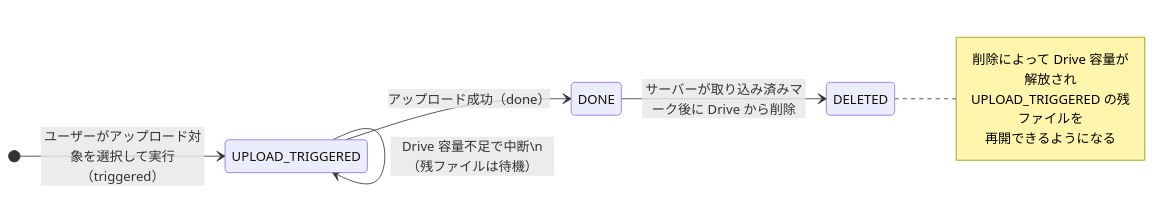
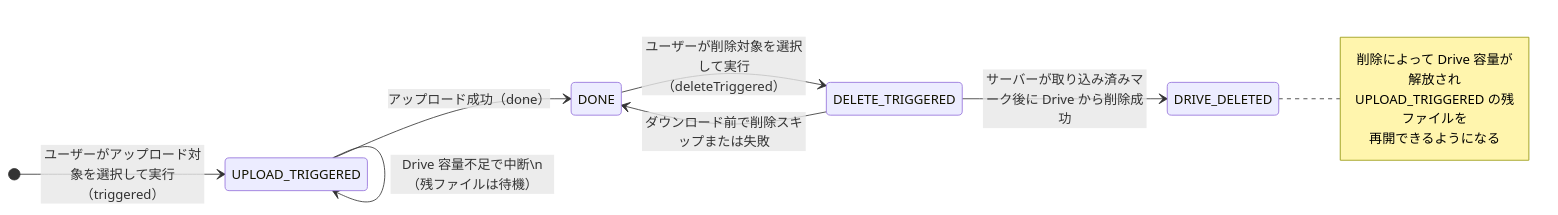
The first of 5 diagrams in omoide-memory-uploader/アップロードと削除の関係.md (kadtewsd/omoide-memory), drawn with Mermaid before and after one commit. The commit also changed other lines of this file and 15 other files, not shown here.

````diff
--- a/omoide-memory-uploader/アップロードと削除の関係.md
+++ b/omoide-memory-uploader/アップロードと削除の関係.md
@@ -12,14 +12,16 @@
 ```mermaid
 stateDiagram-v2
     direction LR
     [*] --> UPLOAD_TRIGGERED : ユーザーがアップロード対象を選択して実行（triggered）
     UPLOAD_TRIGGERED --> DONE : アップロード成功（done）
     UPLOAD_TRIGGERED --> UPLOAD_TRIGGERED : Drive 容量不足で中断\n（残ファイルは待機）
-    DONE --> DELETED : サーバーが取り込み済みマーク後に Drive から削除
+    DONE --> DELETE_TRIGGERED : ユーザーが削除対象を選択して実行（deleteTriggered）
+    DELETE_TRIGGERED --> DRIVE_DELETED : サーバーが取り込み済みマーク後に Drive から削除成功
+    DELETE_TRIGGERED --> DONE : ダウンロード前で削除スキップまたは失敗
 
-    note right of DELETED
+    note right of DRIVE_DELETED
         削除によって Drive 容量が解放され
         UPLOAD_TRIGGERED の残ファイルを
         再開できるようになる
     end note
 ```
````
